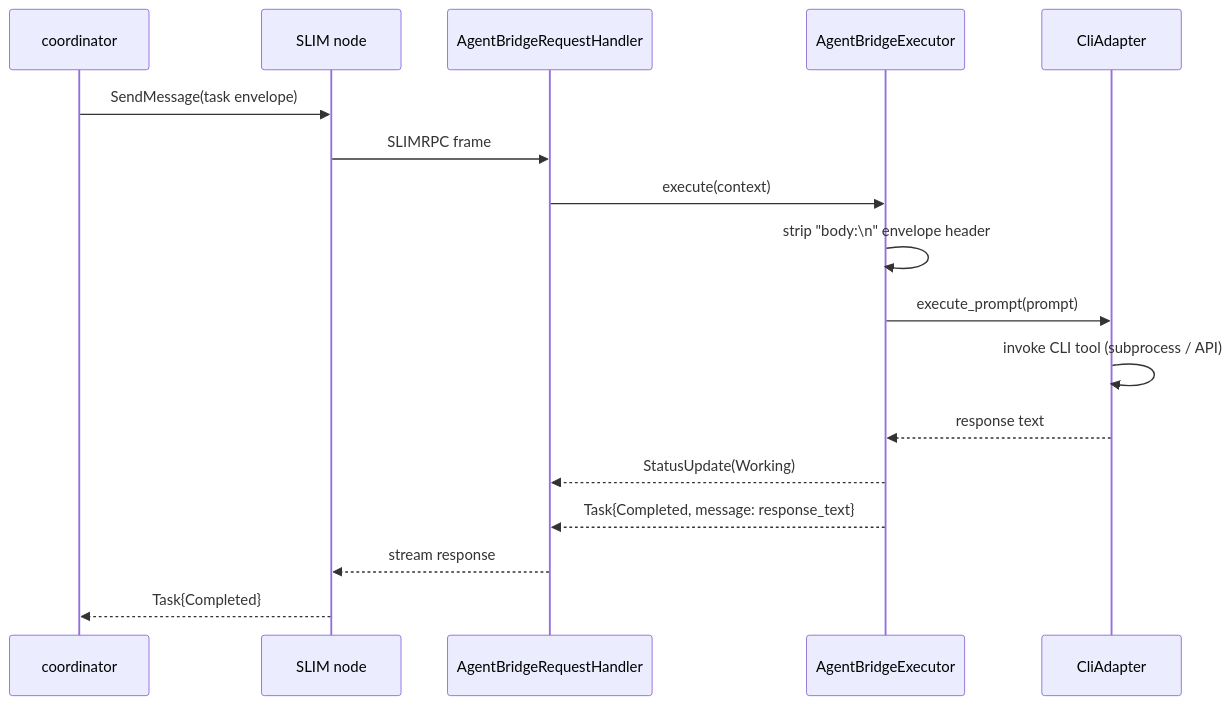
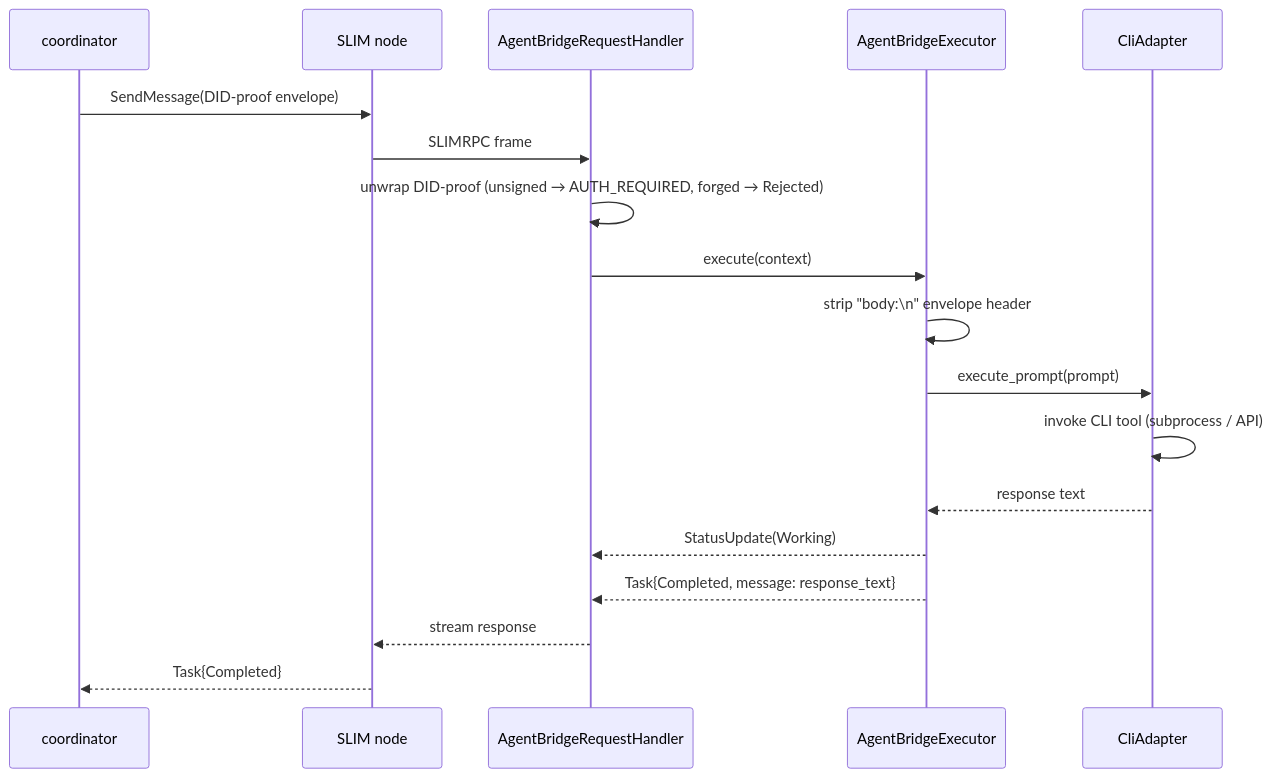
One commit to agntcy/shadi changed the third of 3 diagrams in docs/content/agentbridge.md. Above: the diagram before and after it, drawn with Mermaid. The commit also changed other lines of this file and 51 other files, not shown here.

````diff
--- a/docs/content/agentbridge.md
+++ b/docs/content/agentbridge.md
@@ -134,20 +139,21 @@
 ```mermaid
 sequenceDiagram
   participant CO as coordinator
   participant SL as SLIM node
   participant SV as AgentBridgeRequestHandler
   participant EX as AgentBridgeExecutor
   participant AD as CliAdapter
 
-  CO->>SL: SendMessage(task envelope)
+  CO->>SL: SendMessage(DID-proof envelope)
   SL->>SV: SLIMRPC frame
+  SV->>SV: unwrap DID-proof (unsigned → AUTH_REQUIRED, forged → Rejected)
   SV->>EX: execute(context)
   EX->>EX: strip "body:\n" envelope header
   EX->>AD: execute_prompt(prompt)
   AD->>AD: invoke CLI tool  (subprocess / API)
   AD-->>EX: response text
   EX-->>SV: StatusUpdate(Working)
   EX-->>SV: Task{Completed, message: response_text}
   SV-->>SL: stream response
   SL-->>CO: Task{Completed}
 ```
````
